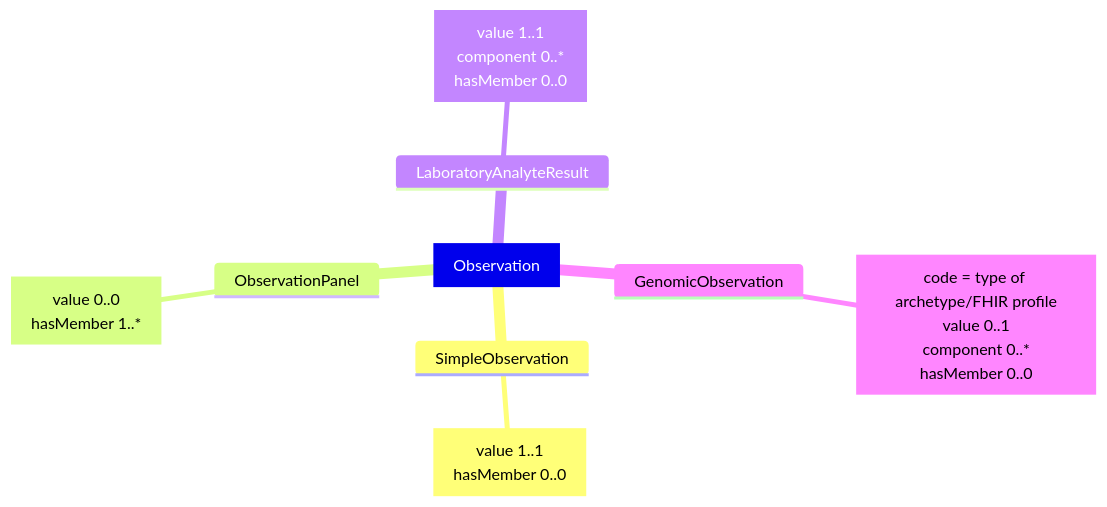
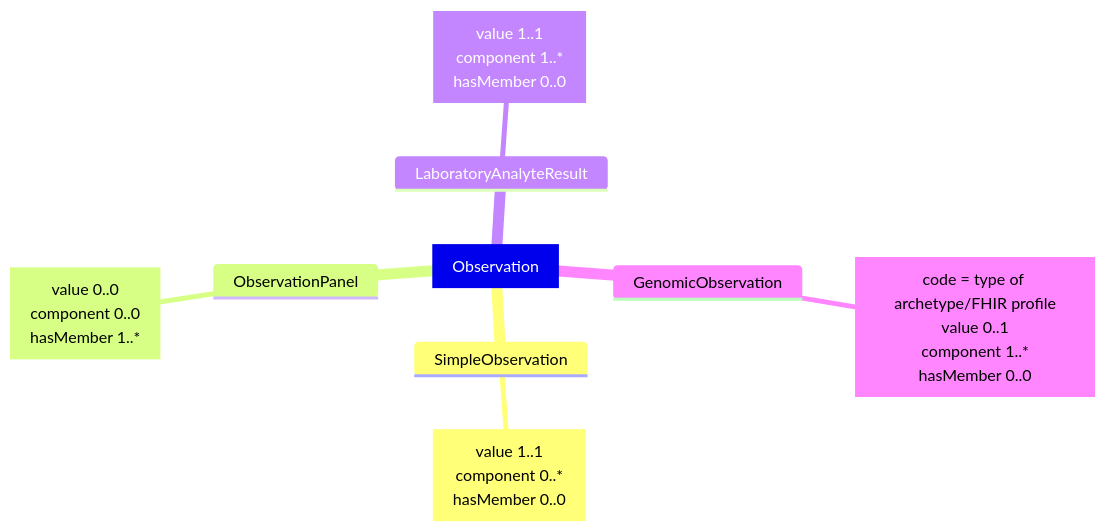
Before and after one commit to nw-gmsa/nw-gmsa.github.com: the diagram in input/pagecontent/StructureDefinition-Observation-intro.md, drawn with Mermaid.

Commit message:
OBSERVATION types

````diff
--- a/input/pagecontent/StructureDefinition-Observation-intro.md
+++ b/input/pagecontent/StructureDefinition-Observation-intro.md
@@ -9,12 +9,12 @@
 ```mermaid
 mindmap
   root[Observation]
     SimpleObservation
-      s[value 1..1<br/>hasMember 0..0]
+      s[value 1..1<br/>component 0..*<br/>hasMember 0..0]
     ObservationPanel
-      s[value 0..0<br/>hasMember 1..*]
+      s[value 0..0<br/>component 0..0<br/>hasMember 1..*]
     LaboratoryAnalyteResult
-      s[value 1..1<br/>component 0..*<br/>hasMember 0..0]
+      s[value 1..1<br/>component 1..*<br/>hasMember 0..0]
     GenomicObservation
-      s[code = type of archetype/FHIR profile<br/>value 0..1<br/>component 0..*<br/>hasMember 0..0]
+      s[code = type of archetype/FHIR profile<br/>value 0..1<br/>component 1..*<br/>hasMember 0..0]
 ```
````
